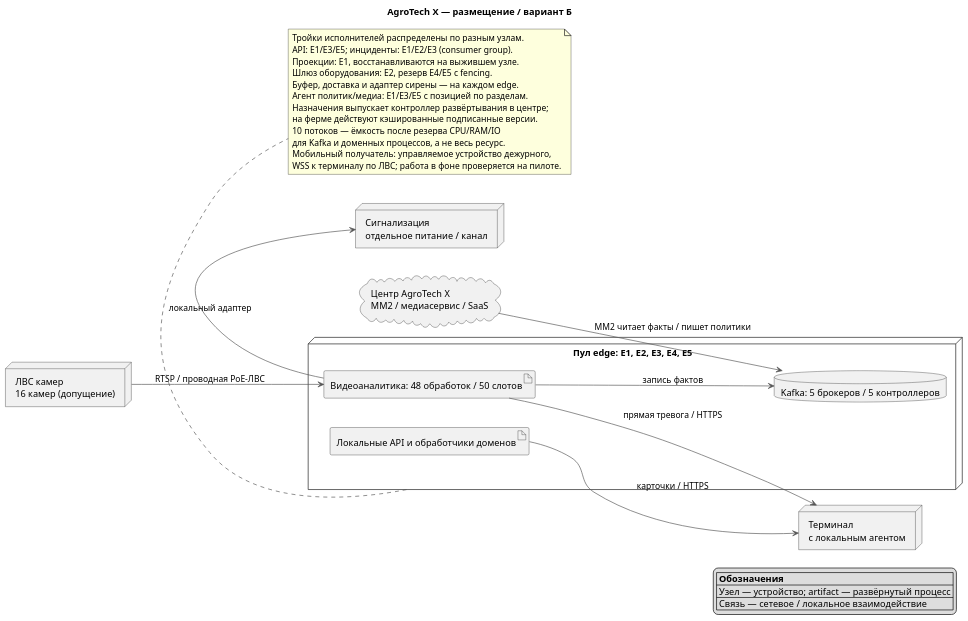
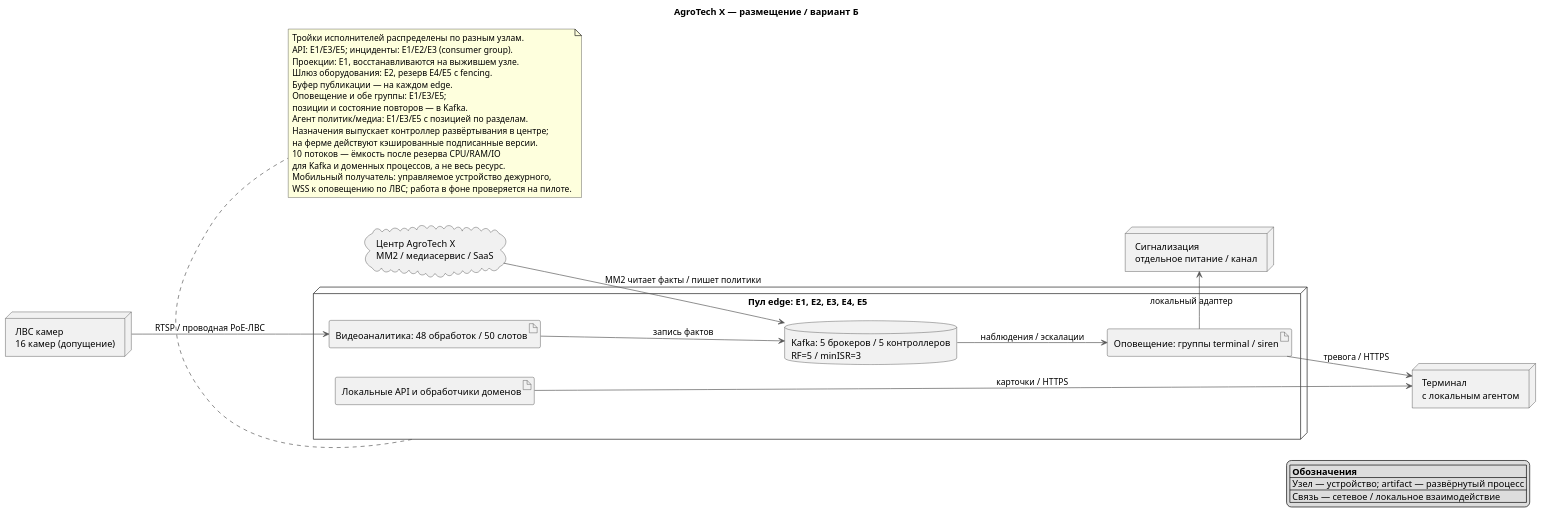
One commit to rozhkovsvyat/MSA-AgroTech changed the diagram in Task1/diagrams/deployment-b.puml. Above: the diagram before and after it, drawn with PlantUML. The commit also changed 48 other files, not shown here.

```diff
--- a/Task1/diagrams/deployment-b.puml
+++ b/Task1/diagrams/deployment-b.puml
@@ -1,49 +1,53 @@
 @startuml
 skinparam defaultFontName Arial
 skinparam dpi 110
 skinparam shadowing false
 skinparam classBackgroundColor #85BBF0
 skinparam classBorderColor #1168BD
 skinparam ArrowColor #555555
 skinparam nodesep 45
 skinparam ranksep 70
 hide empty members
 title AgroTech X — размещение / вариант Б
 
 left to right direction
 node "ЛВС камер\n16 камер (допущение)" as cams
 node "Пул edge: E1, E2, E3, E4, E5" as pool {
  artifact "Видеоаналитика: 48 обработок / 50 слотов" as video
+ artifact "Оповещение: группы terminal / siren" as notify
  artifact "Локальные API и обработчики доменов" as app
- database "Kafka: 5 брокеров / 5 контроллеров" as log
+ database "Kafka: 5 брокеров / 5 контроллеров\nRF=5 / minISR=3" as log
 }
 node "Терминал\nс локальным агентом" as term
 node "Сигнализация\nотдельное питание / канал" as sound
 cloud "Центр AgroTech X\nMM2 / медиасервис / SaaS" as center
 cams --> video : RTSP / проводная PoE-ЛВС
-video -down-> term : прямая тревога / HTTPS
-video -right-> sound : локальный адаптер
+log --> notify : наблюдения / эскалации
+notify -down-> term : тревога / HTTPS
+notify -right-> sound : локальный адаптер
 video --> log : запись фактов
 app -down-> term : карточки / HTTPS
 center --> log : MM2 читает факты / пишет политики
 note bottom of pool
 Тройки исполнителей распределены по разным узлам.
 API: E1/E3/E5; инциденты: E1/E2/E3 (consumer group).
 Проекции: E1, восстанавливаются на выжившем узле.
 Шлюз оборудования: E2, резерв E4/E5 с fencing.
-Буфер, доставка и адаптер сирены — на каждом edge.
+Буфер публикации — на каждом edge.
+Оповещение и обе группы: E1/E3/E5;
+позиции и состояние повторов — в Kafka.
 Агент политик/медиа: E1/E3/E5 с позицией по разделам.
 Назначения выпускает контроллер развёртывания в центре;
 на ферме действуют кэшированные подписанные версии.
 10 потоков — ёмкость после резерва CPU/RAM/IO
 для Kafka и доменных процессов, а не весь ресурс.
 Мобильный получатель: управляемое устройство дежурного,
-WSS к терминалу по ЛВС; работа в фоне проверяется на пилоте.
+WSS к оповещению по ЛВС; работа в фоне проверяется на пилоте.
 end note
 
 legend right
 |= Обозначения |
 | Узел — устройство; artifact — развёрнутый процесс |
 | Связь — сетевое / локальное взаимодействие |
 endlegend
 @enduml
```
